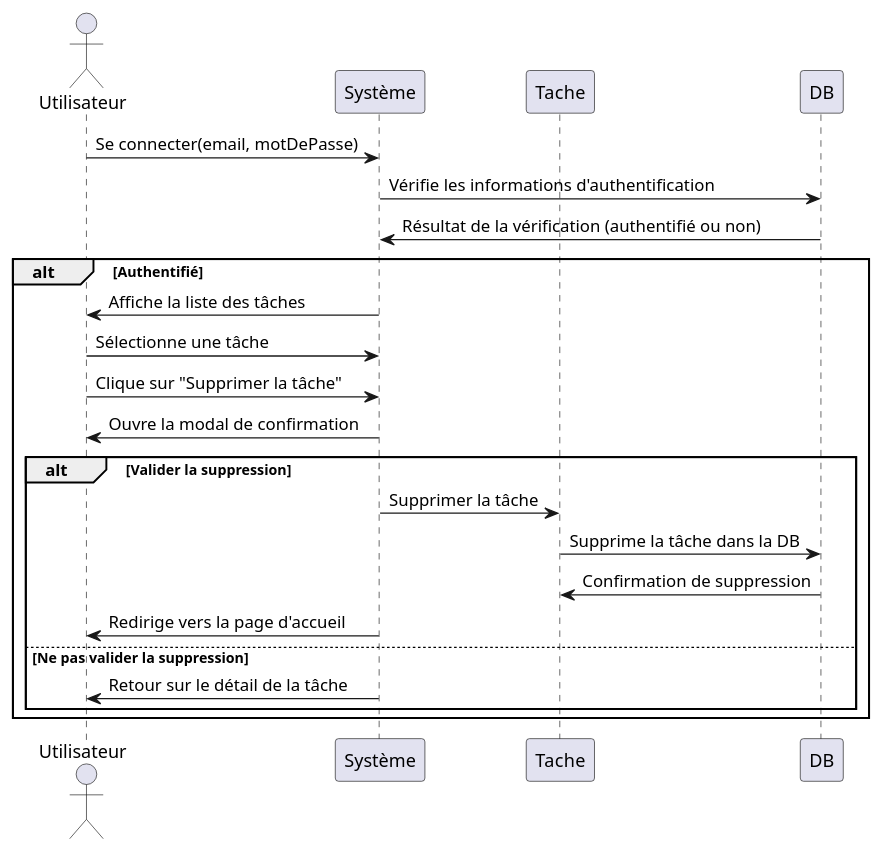
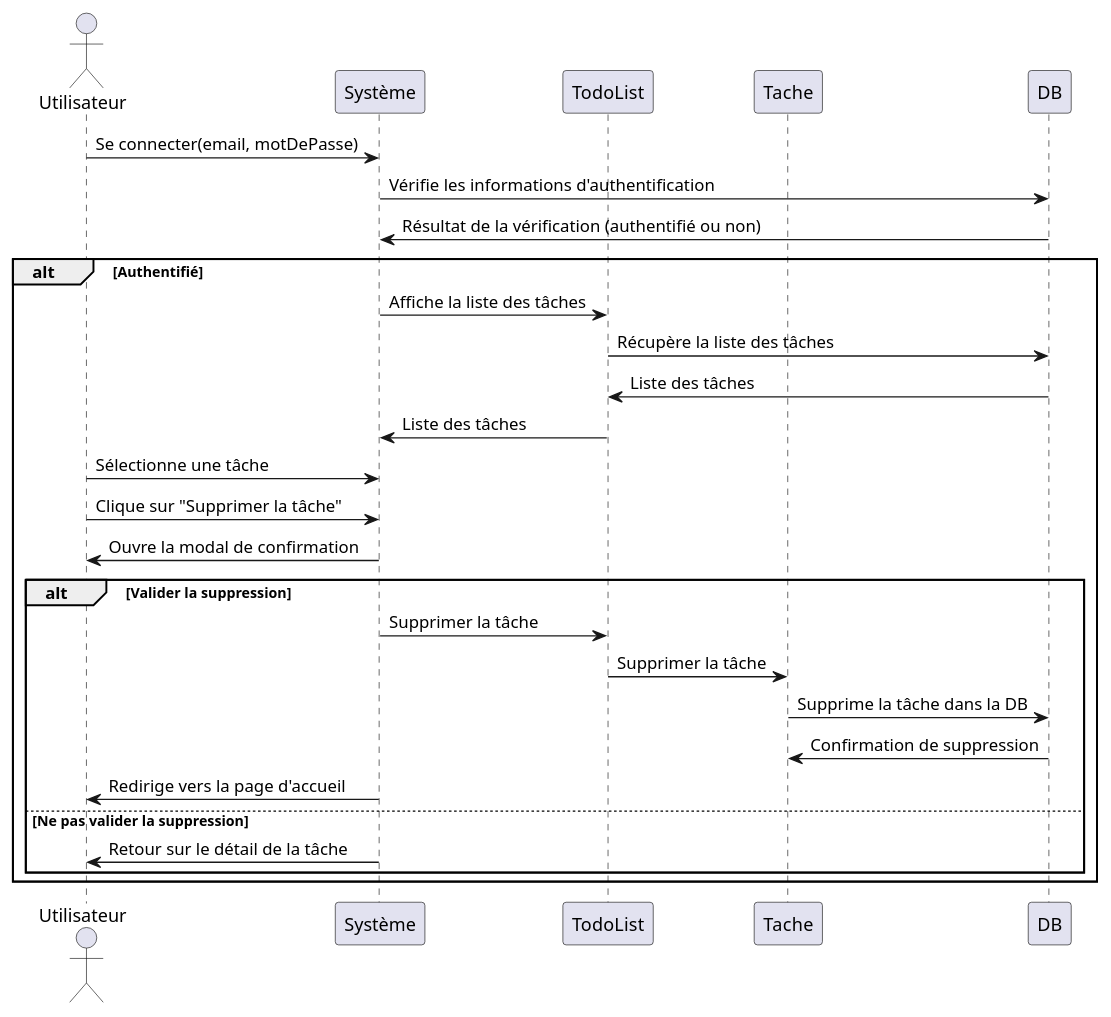
The diagram in src/main/resources/conception/DiagramSequence/sequenceDiagramDelete.puml (HoudAlami/TodoApp), drawn with PlantUML before and after one commit. The commit also changed 7 other files, not shown here.

Commit message:
Finalisation Modélisation UML

```diff
--- a/src/main/resources/conception/DiagramSequence/sequenceDiagramDelete.puml
+++ b/src/main/resources/conception/DiagramSequence/sequenceDiagramDelete.puml
@@ -1,24 +1,29 @@
 @startuml
 actor Utilisateur
 participant "Système" as System
+participant TodoList
 participant Tache
 participant DB
 
 Utilisateur -> System : Se connecter(email, motDePasse)
 System -> DB : Vérifie les informations d'authentification
 DB -> System : Résultat de la vérification (authentifié ou non)
 alt Authentifié
-    System -> Utilisateur : Affiche la liste des tâches
+    System -> TodoList : Affiche la liste des tâches
+    TodoList -> DB : Récupère la liste des tâches
+    DB -> TodoList : Liste des tâches
+    TodoList -> System : Liste des tâches
     Utilisateur -> System : Sélectionne une tâche
     Utilisateur -> System : Clique sur "Supprimer la tâche"
     System -> Utilisateur : Ouvre la modal de confirmation
     alt Valider la suppression
-        System -> Tache : Supprimer la tâche
+        System -> TodoList : Supprimer la tâche
+        TodoList -> Tache : Supprimer la tâche
         Tache -> DB : Supprime la tâche dans la DB
         DB -> Tache : Confirmation de suppression
         System -> Utilisateur : Redirige vers la page d'accueil
     else Ne pas valider la suppression
         System -> Utilisateur : Retour sur le détail de la tâche
-end
+    end
 end
 @enduml
```
